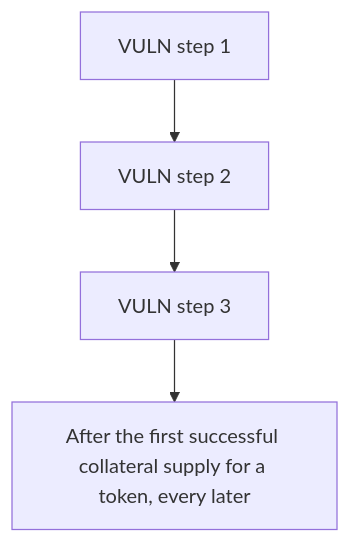
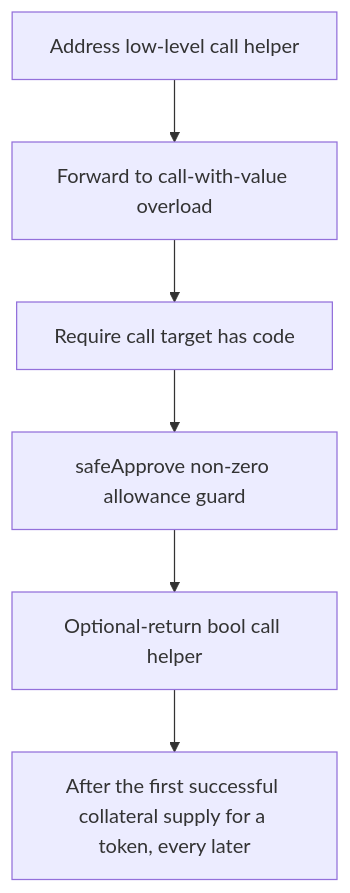
The diagram in 63922-h-01-deprecated-safeapprove-usage-blocks-collateral-approval_exp/63922-h-01-deprecated-safeapprove-usage-blocks-collateral-approval_exp.md (sanbir/evm-hack-registry), drawn with Mermaid before and after one commit. The commit also changed other lines of this file and 79 other files, not shown here.

````diff
--- a/63922-h-01-deprecated-safeapprove-usage-blocks-collateral-approval_exp/63922-h-01-deprecated-safeapprove-usage-blocks-collateral-approval_exp.md
+++ b/63922-h-01-deprecated-safeapprove-usage-blocks-collateral-approval_exp/63922-h-01-deprecated-safeapprove-usage-blocks-collateral-approval_exp.md
@@ -28,10 +28,14 @@
 ```mermaid
 flowchart TD
-  S0["VULN step 1"]
-  S1["VULN step 2"]
-  S2["VULN step 3"]
+  S0["Address low-level call helper"]
+  S1["Forward to call-with-value overload"]
+  S2["Require call target has code"]
+  S3["safeApprove non-zero allowance guard"]
+  S4["Optional-return bool call helper"]
   H["After the first successful collateral supply for a token, every later "]
   S0 --> S1
   S1 --> S2
-  S2 --> H
+  S2 --> S3
+  S3 --> S4
+  S4 --> H
 ```
````
